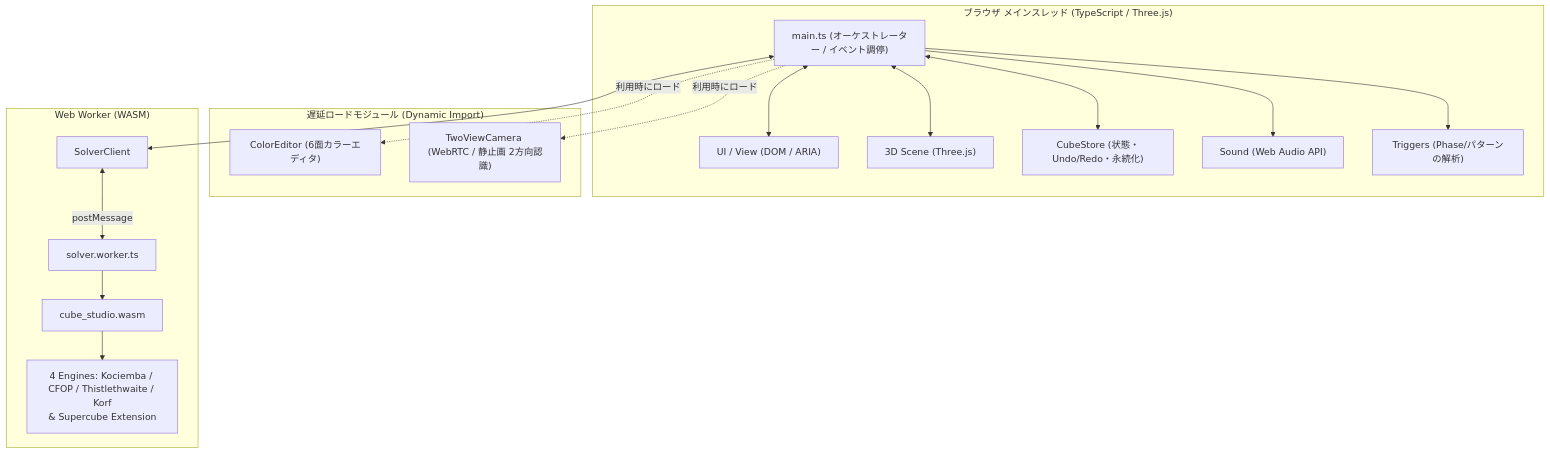
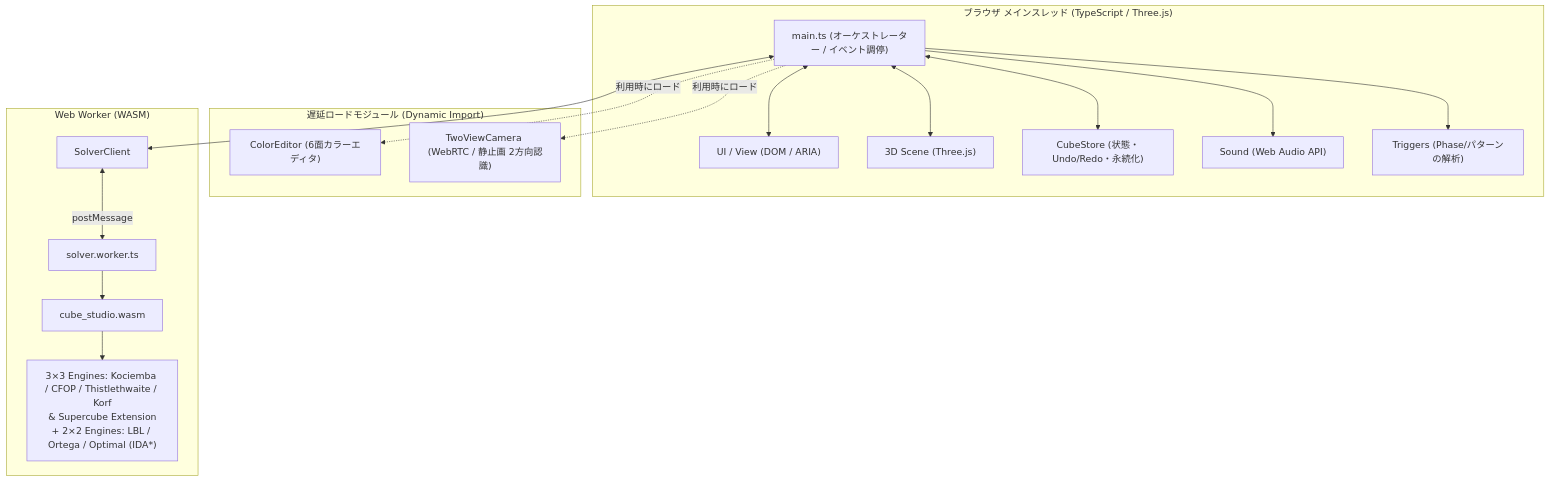
Before and after one commit to katoy/rust-r-cube: the diagram in 3x3-web-2/README.md, drawn with Mermaid. The commit also changed other lines of this file and 33 other files, not shown here.

First line of the commit message:
feat(2x2): add 2x2x2 solver, LBL and Ortega learning tools, and multi-cube support

````diff
--- a/3x3-web-2/README.md
+++ b/3x3-web-2/README.md
@@ -149,35 +179,35 @@
 ```mermaid
 flowchart TD
     subgraph App ["ブラウザ メインスレッド (TypeScript / Three.js)"]
         Main["main.ts (オーケストレーター / イベント調停)"]
         View["UI / View (DOM / ARIA)"]
         Scene["3D Scene (Three.js)"]
         Store["CubeStore (状態・Undo/Redo・永続化)"]
         Sound["Sound (Web Audio API)"]
         Triggers["Triggers (Phase/パターンの解析)"]
 
         Main <--> View
         Main <--> Scene
         Main <--> Store
         Main --> Sound
         Main --> Triggers
     end
 
     subgraph Dynamic ["遅延ロードモジュール (Dynamic Import)"]
         Editor["ColorEditor (6面カラーエディタ)"]
         Camera["TwoViewCamera (WebRTC / 静止画 2方向認識)"]
         Main -.->|利用時にロード| Editor
         Main -.->|利用時にロード| Camera
     end
 
     subgraph Worker ["Web Worker (WASM)"]
         Client["SolverClient"]
         WasmWorker["solver.worker.ts"]
         RustWasm["cube_studio.wasm"]
-        Solver["4 Engines: Kociemba / CFOP / Thistlethwaite / Korf<br>& Supercube Extension"]
+        Solver["3×3 Engines: Kociemba / CFOP / Thistlethwaite / Korf<br>& Supercube Extension<br>+ 2×2 Engines: LBL / Ortega / Optimal (IDA*)"]
         Main <--> Client
         Client <-->|postMessage| WasmWorker
         WasmWorker --> RustWasm
         RustWasm --> Solver
     end
 ```
````
